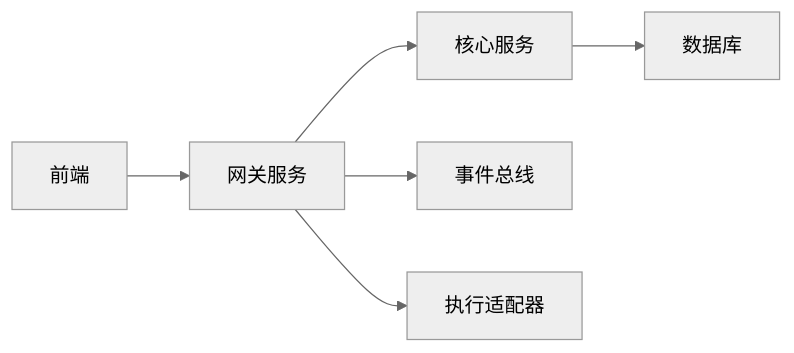
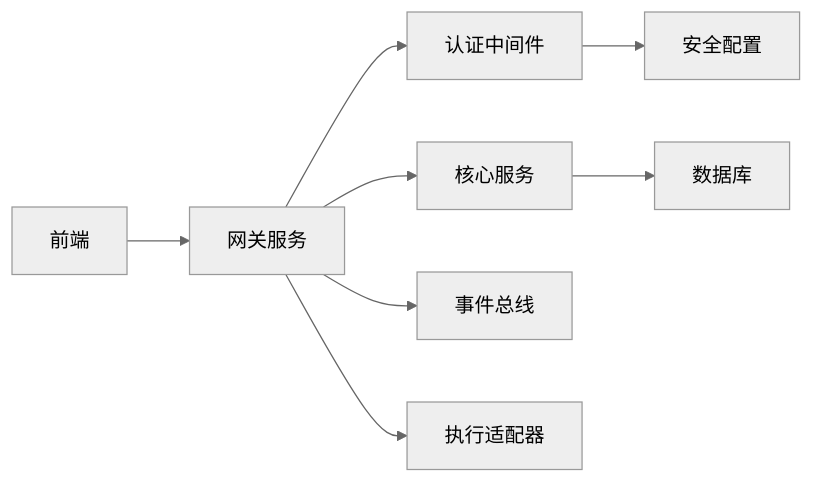
Before and after one commit to Maki3991/study-PactLedger: the tenth of 10 diagrams in .qoder/repowiki/zh/content/核心组件/双服务器架构.md, drawn with Mermaid (neutral theme). The commit also changed other lines of this file and 15 other files, not shown here.

````diff
--- a/.qoder/repowiki/zh/content/核心组件/双服务器架构.md
+++ b/.qoder/repowiki/zh/content/核心组件/双服务器架构.md
@@ -411,8 +486,10 @@
 ```mermaid
 graph LR
 FE["前端"] --> GW["网关服务"]
+GW --> AUTH["认证中间件"]
+AUTH --> SEC["安全配置"]
 GW --> CORE["核心服务"]
 CORE --> DB["数据库"]
 GW --> Events["事件总线"]
 GW --> Adapters["执行适配器"]
 ```
````
